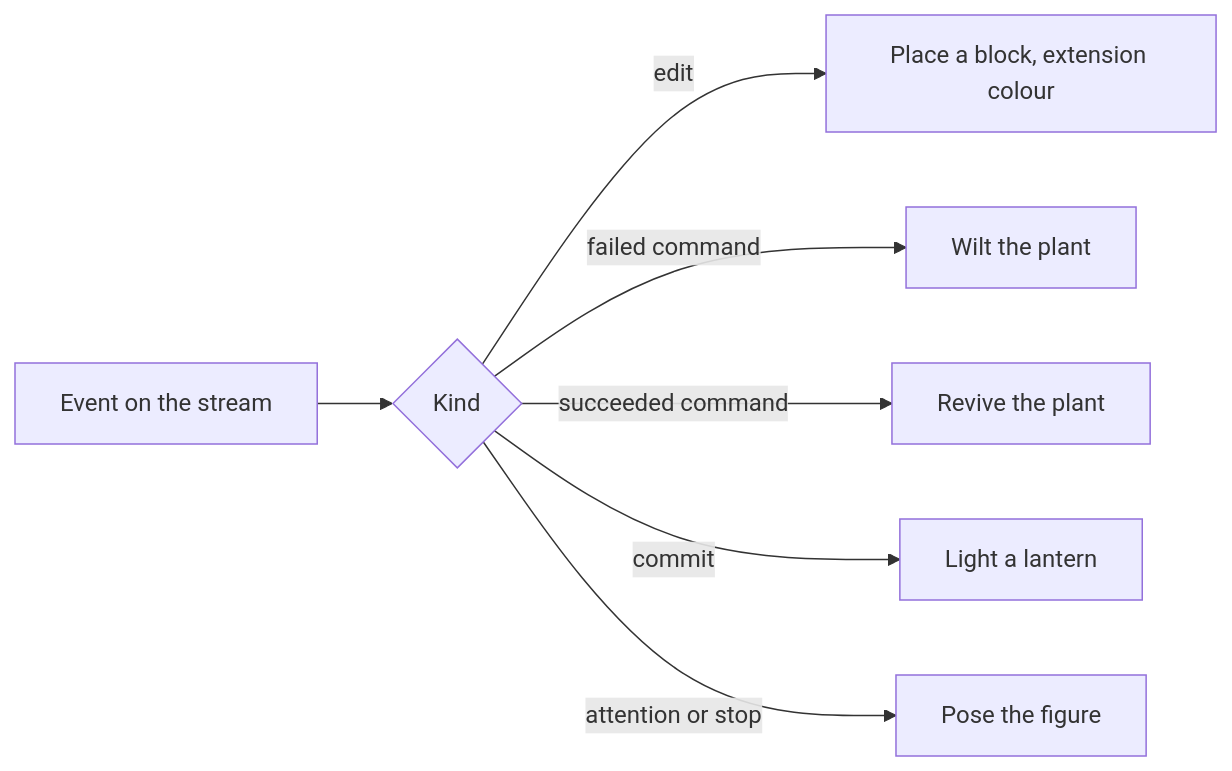
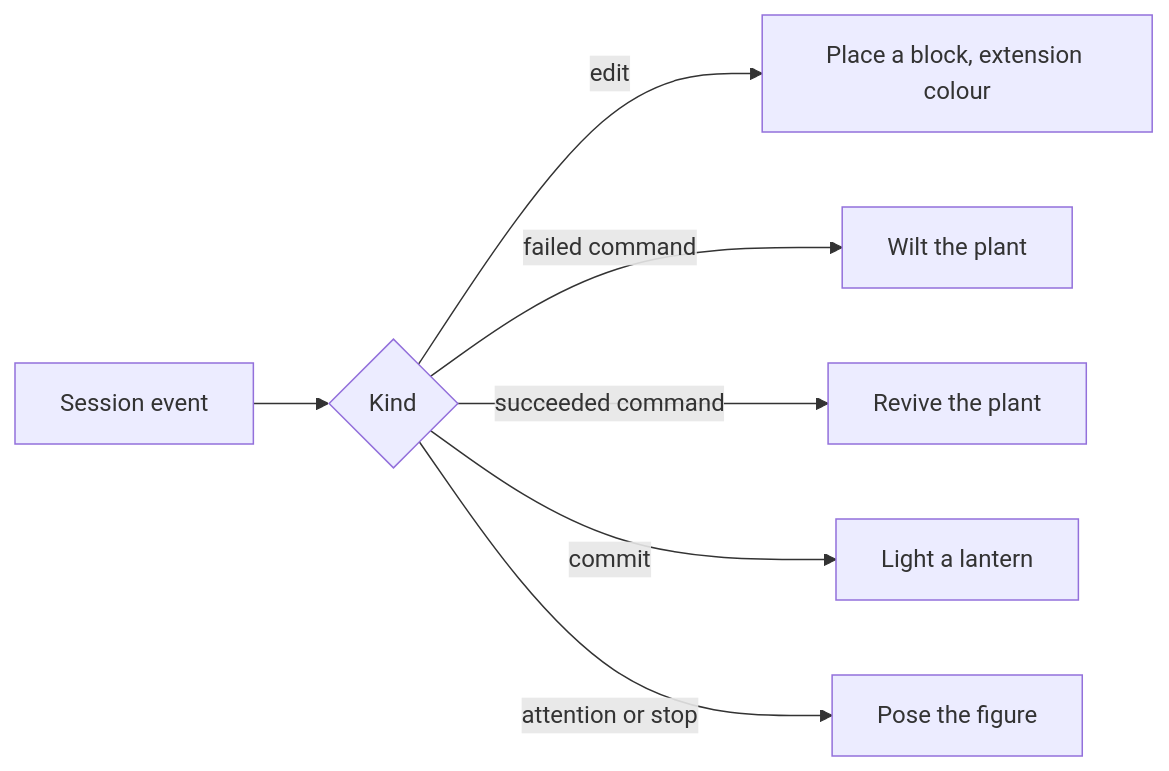
One commit to Esposter/Esposter changed the diagram in apps/web/content/docs/proposals/infra/agent-console/voxel-atelier.md. Above: the diagram before and after it, drawn with Mermaid. The commit also changed other lines of this file and 13 other files, not shown here.

````diff
--- a/apps/web/content/docs/proposals/infra/agent-console/voxel-atelier.md
+++ b/apps/web/content/docs/proposals/infra/agent-console/voxel-atelier.md
@@ -29,9 +29,9 @@
 ```mermaid
 flowchart LR
-  F[Event on the stream] --> M{Kind}
+  F[Session event] --> M{Kind}
   M -->|edit| B[Place a block, extension colour]
   M -->|failed command| P[Wilt the plant]
   M -->|succeeded command| V[Revive the plant]
   M -->|commit| L[Light a lantern]
   M -->|attention or stop| C[Pose the figure]
 ```
````
